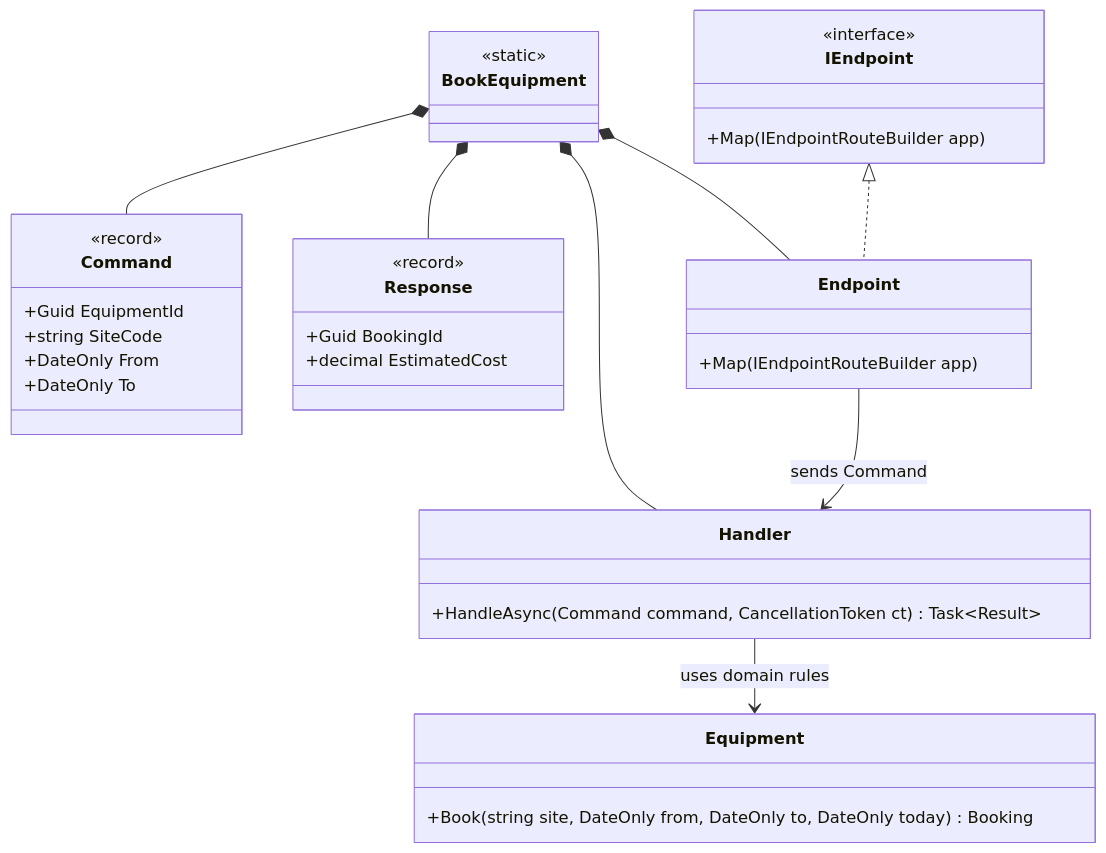
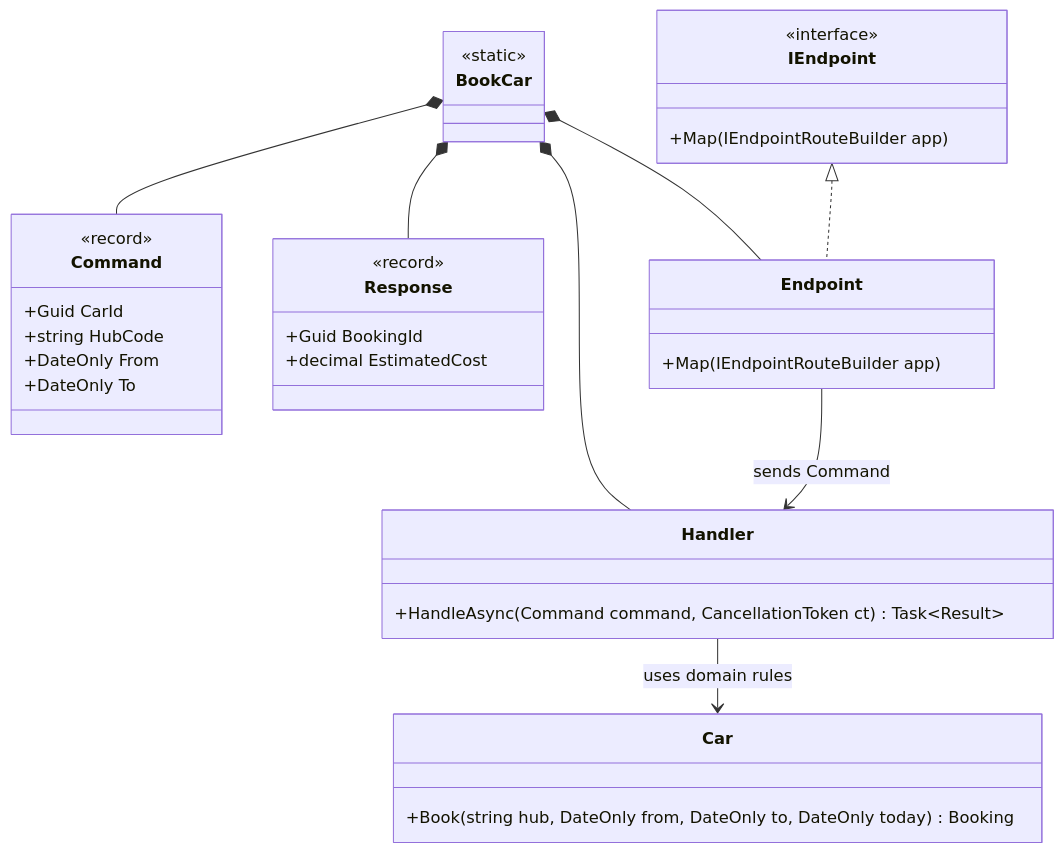
The third of 3 diagrams in content/lessons/m08/m08-vertical-slice.md (rizwi0786/system-design-lab), drawn with Mermaid before and after one commit. The commit also changed other lines of this file and 334 other files, not shown here.

````diff
--- a/content/lessons/m08/m08-vertical-slice.md
+++ b/content/lessons/m08/m08-vertical-slice.md
@@ -239,38 +239,38 @@
 ```mermaid
 classDiagram
-    class BookEquipment {
+    class BookCar {
         <<static>>
     }
     class Command {
         <<record>>
-        +Guid EquipmentId
-        +string SiteCode
+        +Guid CarId
+        +string HubCode
         +DateOnly From
         +DateOnly To
     }
     class Response {
         <<record>>
         +Guid BookingId
         +decimal EstimatedCost
     }
     class Handler {
         +HandleAsync(Command command, CancellationToken ct) Task~Result~
     }
     class Endpoint {
         +Map(IEndpointRouteBuilder app)
     }
     class IEndpoint {
         <<interface>>
         +Map(IEndpointRouteBuilder app)
     }
-    class Equipment {
-        +Book(string site, DateOnly from, DateOnly to, DateOnly today) Booking
+    class Car {
+        +Book(string hub, DateOnly from, DateOnly to, DateOnly today) Booking
     }
-    BookEquipment *-- Command
-    BookEquipment *-- Response
-    BookEquipment *-- Handler
-    BookEquipment *-- Endpoint
+    BookCar *-- Command
+    BookCar *-- Response
+    BookCar *-- Handler
+    BookCar *-- Endpoint
     IEndpoint <|.. Endpoint
-    Handler --> Equipment : uses domain rules
+    Handler --> Car : uses domain rules
     Endpoint --> Handler : sends Command
 ```
````
